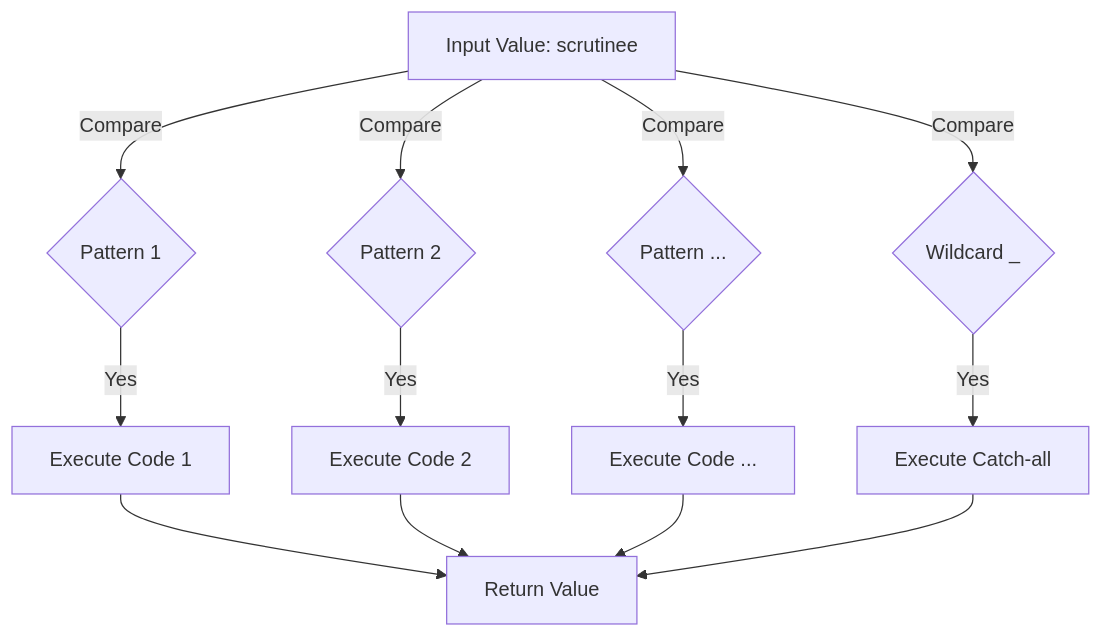
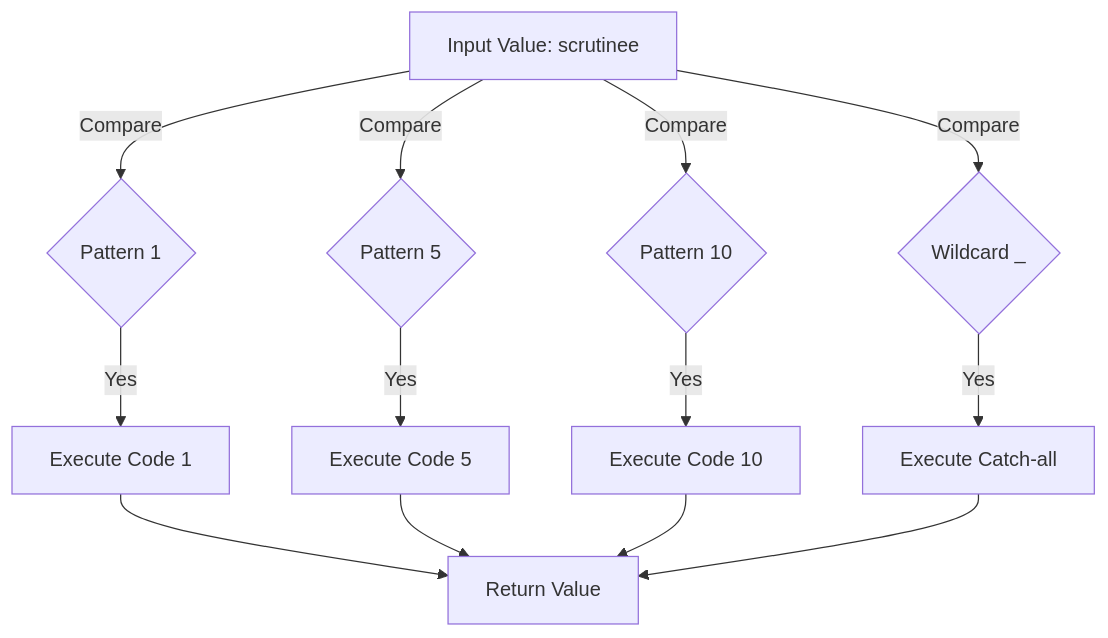
One commit to molix2000/rst-2026 changed the diagram in README.md. Above: the diagram before and after it, drawn with Mermaid.

Commit message:
Correcting graph values to match code snippet.

````diff
--- a/README.md
+++ b/README.md
@@ -12,17 +12,17 @@
 ```mermaid
 flowchart TD;
     A[Input Value: scrutinee] -->|Compare| B1{Pattern 1}
-    A -->|Compare| B2{Pattern 2}
-    A -->|Compare| B3{Pattern ...}
+    A -->|Compare| B2{Pattern 5}
+    A -->|Compare| B3{Pattern 10}
     A -->|Compare| B4{Wildcard _}
 
     B1 -- Yes --> C1[Execute Code 1]
-    B2 -- Yes --> C2[Execute Code 2]
-    B3 -- Yes --> C3[Execute Code ...]
+    B2 -- Yes --> C2[Execute Code 5]
+    B3 -- Yes --> C3[Execute Code 10]
     B4 -- Yes --> C4[Execute Catch-all]
 
     C1 --> D[Return Value]
     C2 --> D
     C3 --> D
     C4 --> D
 ```
````
